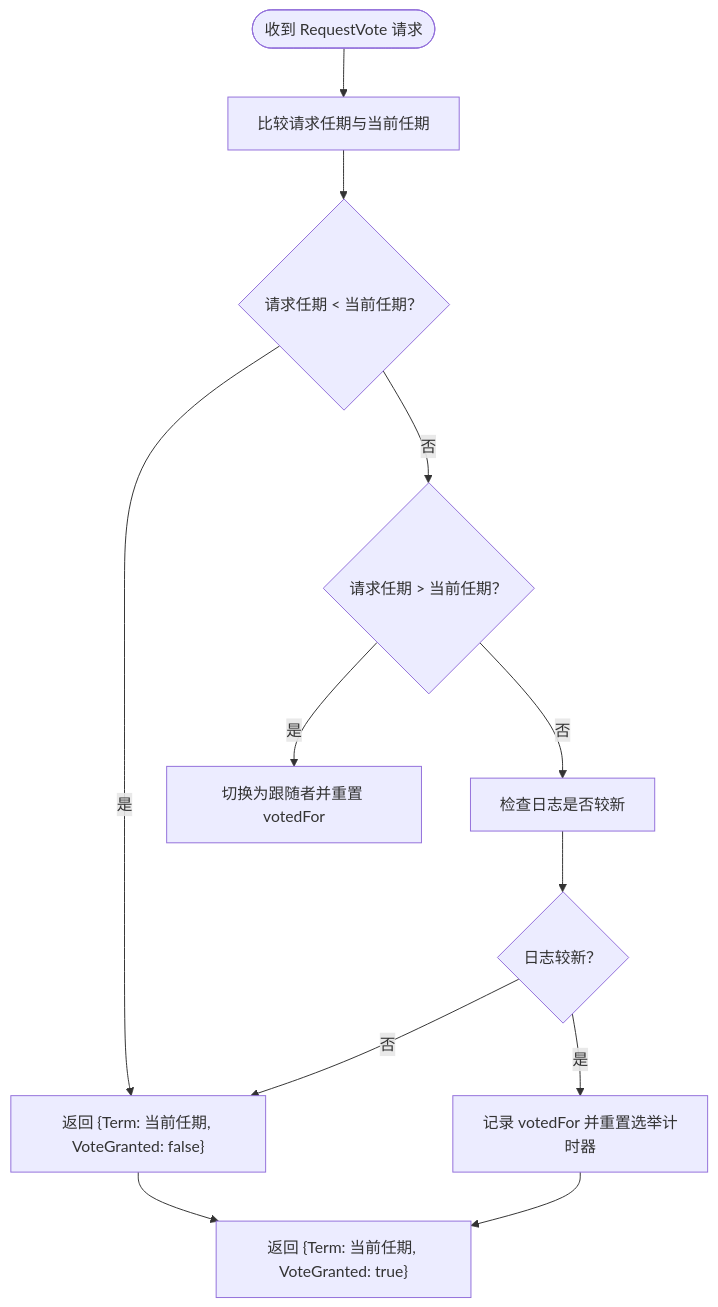
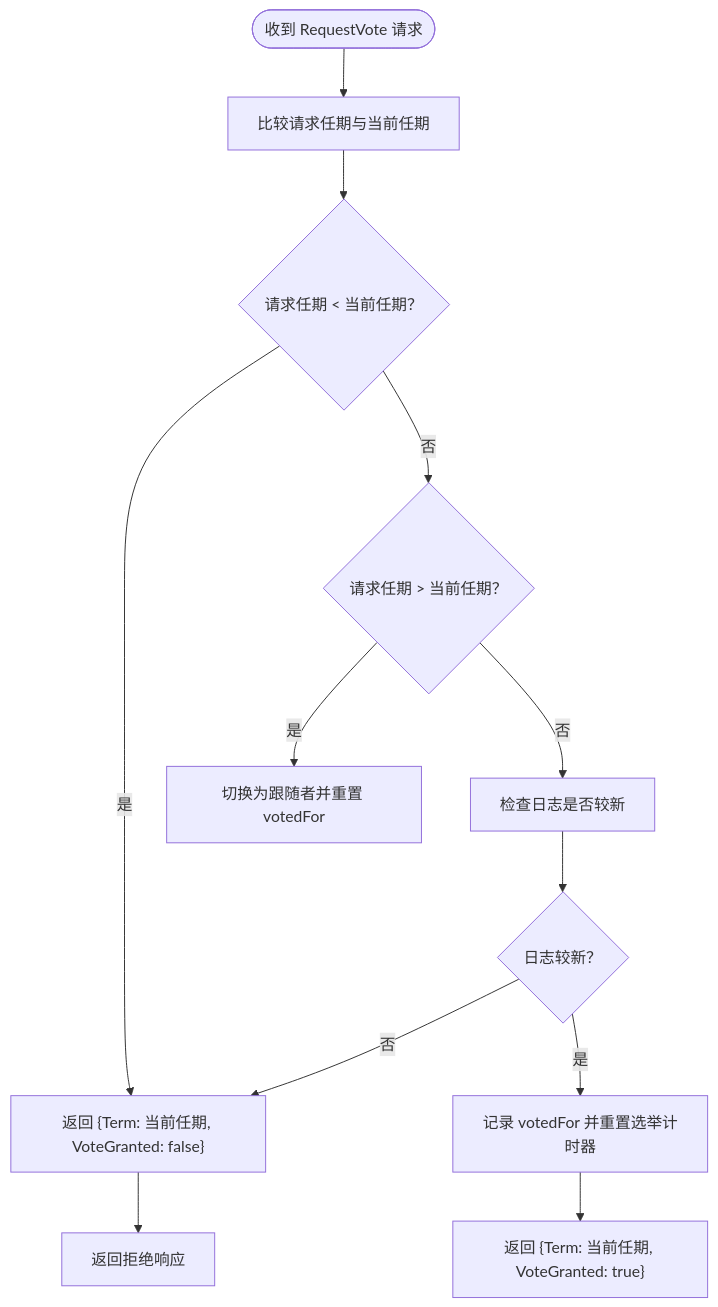
The third of 6 diagrams in wiki/Raft 共识算法/RPC 通信机制/RPC 接口定义.md (eraft-io/eraft), drawn with Mermaid before and after one commit. The commit also changed other lines of this file and 35 other files, not shown here.

````diff
--- a/wiki/Raft 共识算法/RPC 通信机制/RPC 接口定义.md
+++ b/wiki/Raft 共识算法/RPC 通信机制/RPC 接口定义.md
@@ -129,14 +129,14 @@
 ```mermaid
 flowchart TD
 Start(["收到 RequestVote 请求"]) --> CheckTerm["比较请求任期与当前任期"]
 CheckTerm --> TermLess{"请求任期 < 当前任期？"}
 TermLess --> |是| Reject["返回 {Term: 当前任期, VoteGranted: false}"]
 TermLess --> |否| TermGreater{"请求任期 > 当前任期？"}
 TermGreater --> |是| BecomeFollower["切换为跟随者并重置 votedFor"]
 TermGreater --> |否| CheckLog["检查日志是否较新"]
 CheckLog --> LogFresh{"日志较新？"}
 LogFresh --> |否| Reject
 LogFresh --> |是| Grant["记录 votedFor 并重置选举计时器"]
-Grant --> Reply["返回 {Term: 当前任期, VoteGranted: true}"]
-Reject --> Reply
+Grant --> ReplyGrant["返回 {Term: 当前任期, VoteGranted: true}"]
+Reject --> ReplyReject["返回拒绝响应"]
 ```
````
